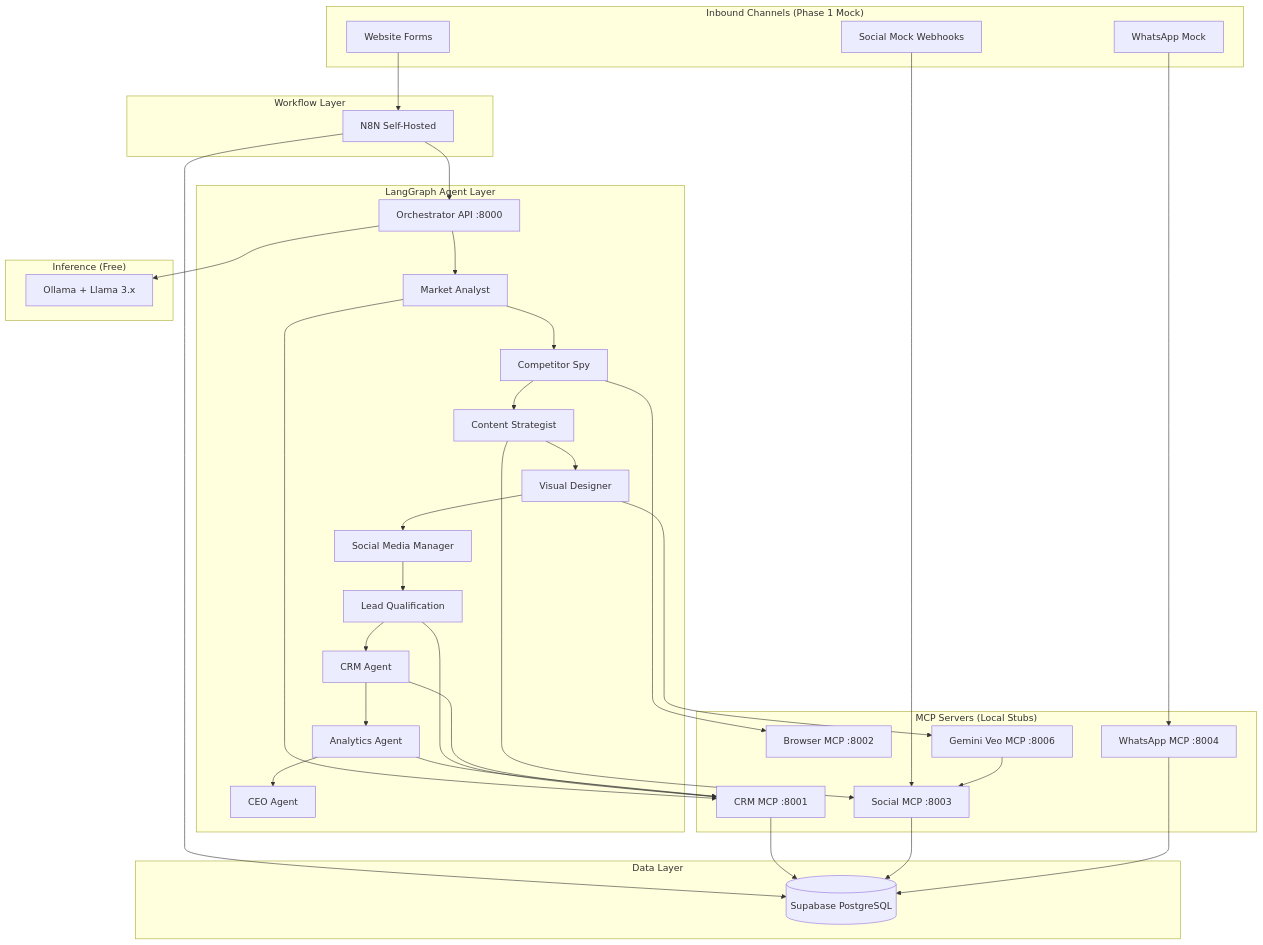
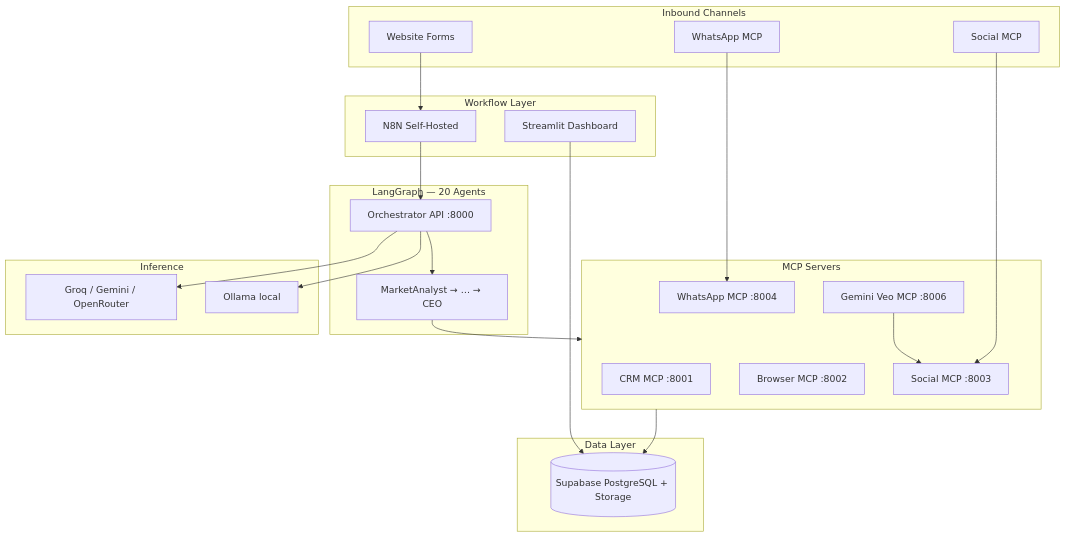
The diagram in docs/ARCHITECTURE.md (narendhrareddi-ship-it/Nivara-AREIS), drawn with Mermaid before and after one commit. The commit also changed other lines of this file and 21 other files, not shown here.

First line of the commit message:
Phase 5: cloud LLM fallback, production hardening, and doc refresh

````diff
--- a/docs/ARCHITECTURE.md
+++ b/docs/ARCHITECTURE.md
@@ -7,64 +7,49 @@
 ```mermaid
 flowchart TB
-    subgraph External["Inbound Channels (Phase 1 Mock)"]
+    subgraph External["Inbound Channels"]
         WEB[Website Forms]
-        WA[WhatsApp Mock]
-        SOC[Social Mock Webhooks]
+        WA[WhatsApp MCP]
+        SOC[Social MCP]
     end
 
     subgraph Orchestration["Workflow Layer"]
         N8N[N8N Self-Hosted]
+        DASH[Streamlit Dashboard]
     end
 
-    subgraph Agents["LangGraph Agent Layer"]
-        CEO[CEO Agent]
-        MA[Market Analyst]
-        CS[Competitor Spy]
-        CT[Content Strategist]
-        VD[Visual Designer]
-        SM[Social Media Manager]
-        LQ[Lead Qualification]
-        CRM[CRM Agent]
-        AN[Analytics Agent]
+    subgraph Agents["LangGraph — 20 Agents"]
         ORCH[Orchestrator API :8000]
+        PIPE[MarketAnalyst → … → CEO]
     end
 
-    subgraph MCP["MCP Servers (Local Stubs)"]
+    subgraph MCP["MCP Servers"]
         CRM_MCP[CRM MCP :8001]
         BR_MCP[Browser MCP :8002]
         SOC_MCP[Social MCP :8003]
         WA_MCP[WhatsApp MCP :8004]
         VEO_MCP[Gemini Veo MCP :8006]
     end
 
     subgraph Data["Data Layer"]
-        SB[(Supabase PostgreSQL)]
+        SB[(Supabase PostgreSQL + Storage)]
     end
 
-    subgraph LLM["Inference (Free)"]
-        OLL[Ollama + Llama 3.x]
+    subgraph LLM["Inference"]
+        OLL[Ollama local]
+        CLOUD[Groq / Gemini / OpenRouter]
     end
 
     WEB --> N8N
     WA --> WA_MCP
     SOC --> SOC_MCP
 
     N8N --> ORCH
-    N8N --> SB
+    DASH --> SB
+    ORCH --> PIPE
+    ORCH --> OLL
+    ORCH --> CLOUD
 
-    ORCH --> MA --> CS --> CT --> VD --> SM --> LQ --> CRM --> AN --> CEO
-    ORCH --> OLL
-
-    MA --> CRM_MCP
-    CS --> BR_MCP
-    LQ --> CRM_MCP
-    CRM --> CRM_MCP
-    AN --> CRM_MCP
-    CT --> SOC_MCP
-    VD --> VEO_MCP
+    PIPE --> MCP
+    MCP --> SB
     VEO_MCP --> SOC_MCP
-
-    CRM_MCP --> SB
-    SOC_MCP --> SB
-    WA_MCP --> SB
 ```
````
